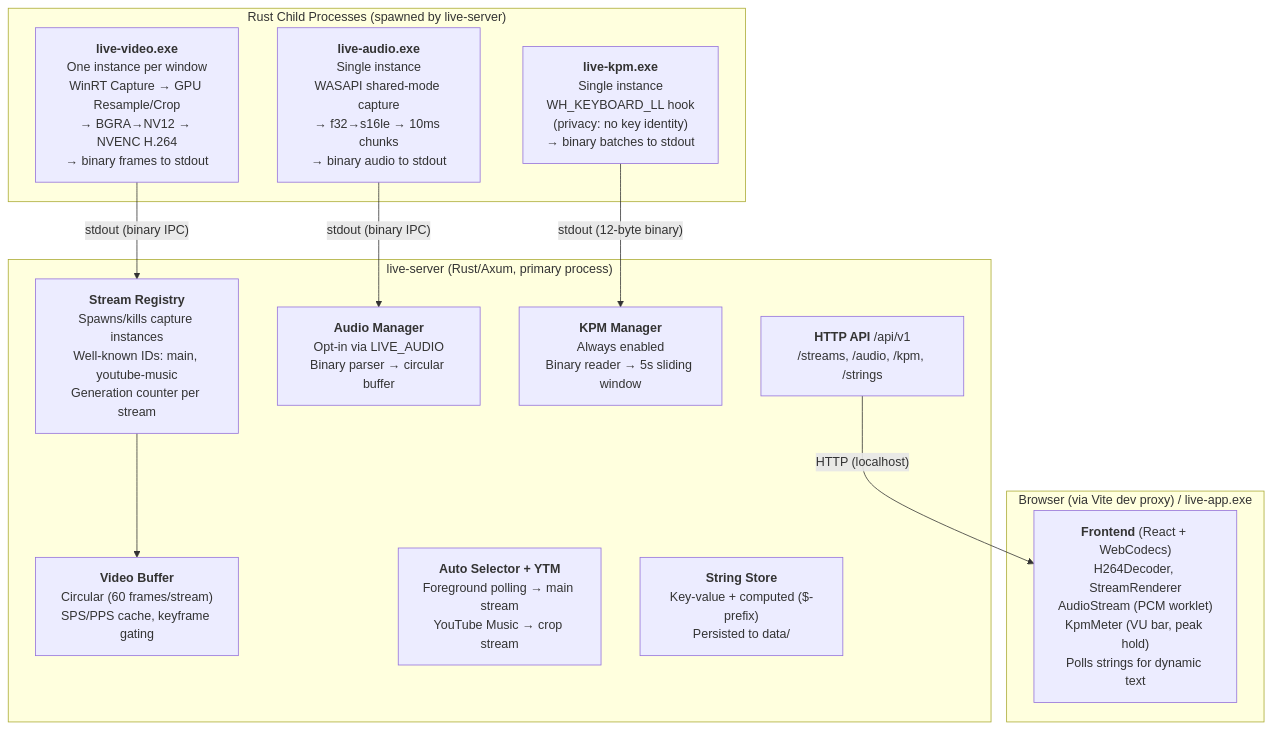
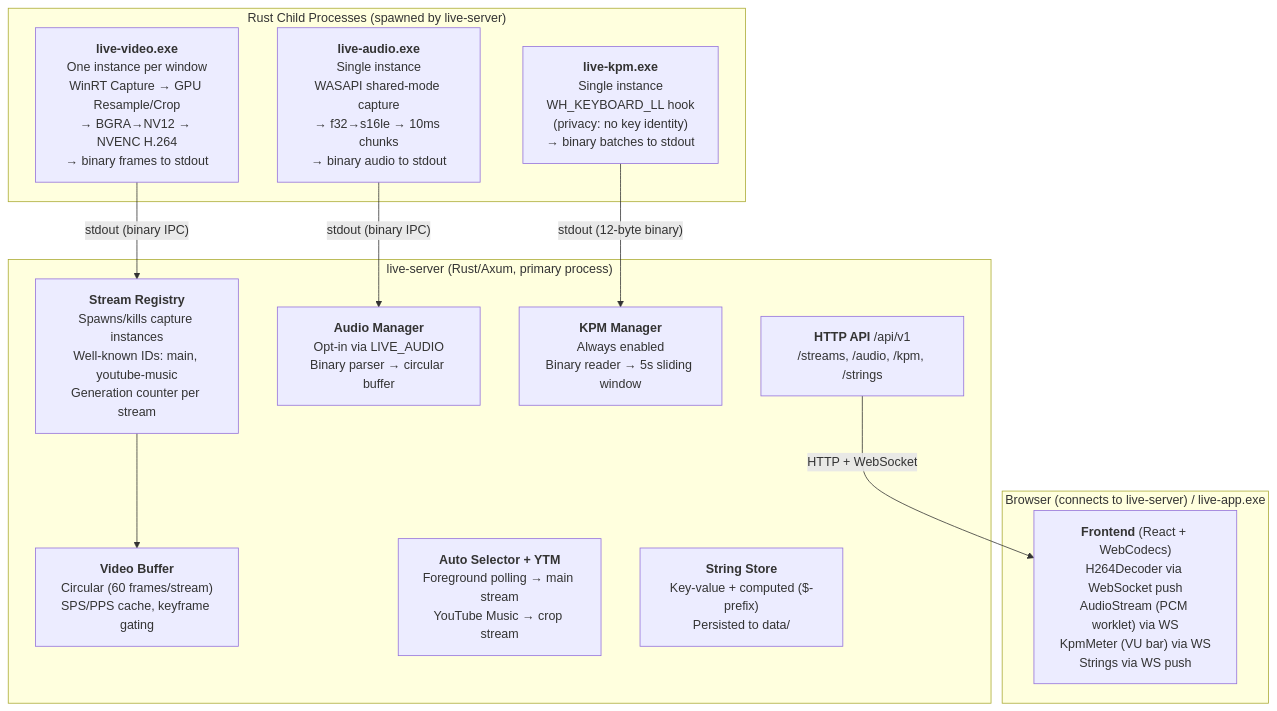
Before and after one commit to NekomaruQwQ/Nekomaru-LiveUI: the diagram in docs/README.md, drawn with Mermaid. The commit also changed other lines of this file and 21 other files, not shown here.

Commit message:
WebSocket streaming + reverse proxy: eliminate Vite proxy, core server as single entry point

````diff
--- a/docs/README.md
+++ b/docs/README.md
@@ -64,28 +65,28 @@
 ```mermaid
 graph TD
     subgraph server["live-server (Rust/Axum, primary process)"]
         procmgr["<b>Stream Registry</b><br/>Spawns/kills capture instances<br/>Well-known IDs: main, youtube-music<br/>Generation counter per stream"]
         audiomgr["<b>Audio Manager</b><br/>Opt-in via LIVE_AUDIO<br/>Binary parser → circular buffer"]
         kpmmgr["<b>KPM Manager</b><br/>Always enabled<br/>Binary reader → 5s sliding window"]
         buffer["<b>Video Buffer</b><br/>Circular (60 frames/stream)<br/>SPS/PPS cache, keyframe gating"]
         selector["<b>Auto Selector + YTM</b><br/>Foreground polling → main stream<br/>YouTube Music → crop stream"]
         strings["<b>String Store</b><br/>Key-value + computed ($-prefix)<br/>Persisted to data/"]
         api["<b>HTTP API</b> /api/v1<br/>/streams, /audio, /kpm, /strings"]
     end
 
     subgraph children["Rust Child Processes (spawned by live-server)"]
         capture["<b>live-video.exe</b><br/>One instance per window<br/>WinRT Capture → GPU Resample/Crop<br/>→ BGRA→NV12 → NVENC H.264<br/>→ binary frames to stdout"]
         audio["<b>live-audio.exe</b><br/>Single instance<br/>WASAPI shared-mode capture<br/>→ f32→s16le → 10ms chunks<br/>→ binary audio to stdout"]
         kpm["<b>live-kpm.exe</b><br/>Single instance<br/>WH_KEYBOARD_LL hook<br/>(privacy: no key identity)<br/>→ binary batches to stdout"]
     end
 
-    subgraph frontend["Browser (via Vite dev proxy) / live-app.exe"]
-        viewer["<b>Frontend</b> (React + WebCodecs)<br/>H264Decoder, StreamRenderer<br/>AudioStream (PCM worklet)<br/>KpmMeter (VU bar, peak hold)<br/>Polls strings for dynamic text"]
+    subgraph frontend["Browser (connects to live-server) / live-app.exe"]
+        viewer["<b>Frontend</b> (React + WebCodecs)<br/>H264Decoder via WebSocket push<br/>AudioStream (PCM worklet) via WS<br/>KpmMeter (VU bar) via WS<br/>Strings via WS push"]
     end
 
     capture -- "stdout (binary IPC)" --> procmgr
     audio -- "stdout (binary IPC)" --> audiomgr
     kpm -- "stdout (12-byte binary)" --> kpmmgr
     procmgr --> buffer
-    api -- "HTTP (localhost)" --> viewer
+    api -- "HTTP + WebSocket" --> viewer
 ```
````
